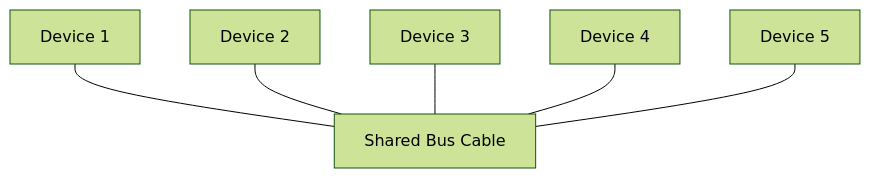
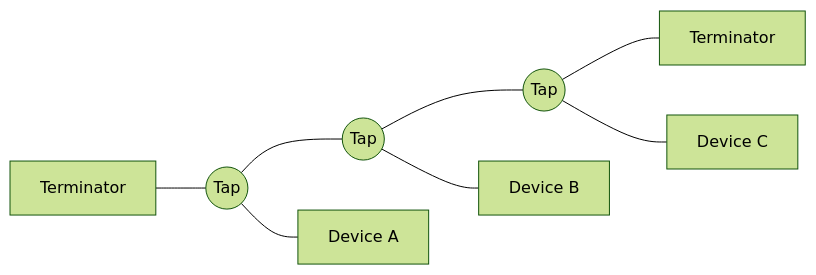
One commit to vanshbaranwal/backend-projects changed the eighth of 12 diagrams in computer-network/01-fundamentals/fundamentals.md. Above: the diagram before and after it, drawn with Mermaid (forest theme). The commit also changed other lines of this file and 2 other files, not shown here.

Commit message:
docs(networking): refine notes, analogies, and diagrams

````diff
--- a/computer-network/01-fundamentals/fundamentals.md
+++ b/computer-network/01-fundamentals/fundamentals.md
@@ -222,9 +280,7 @@
 ```mermaid
-flowchart TB
-    BUS[Shared Bus Cable]
-    A[Device 1] --- BUS
-    B[Device 2] --- BUS
-    C[Device 3] --- BUS
-    D[Device 4] --- BUS
-    E[Device 5] --- BUS
+flowchart LR
+    T1[Terminator] --- J1((Tap)) --- J2((Tap)) --- J3((Tap)) --- T2[Terminator]
+    J1 --- A[Device A]
+    J2 --- B[Device B]
+    J3 --- C[Device C]
 ```
````
